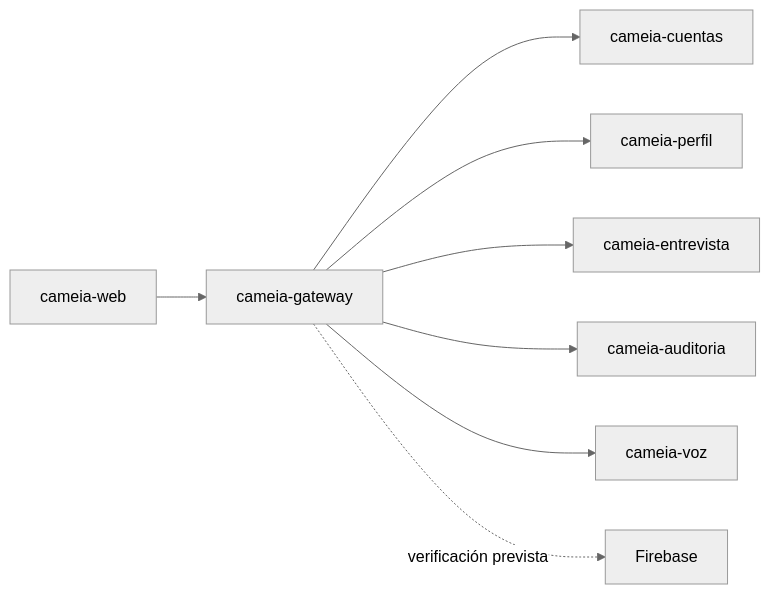
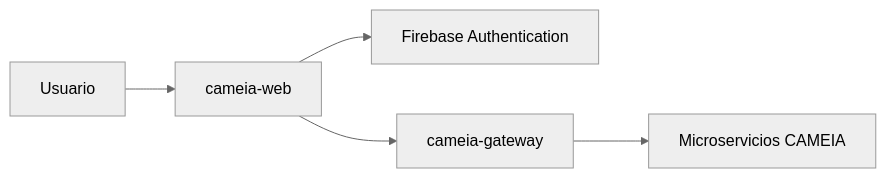
One commit to Forkthec/cameia-web changed the diagram in README.md. Above: the diagram before and after it, drawn with Mermaid (neutral theme). The commit also changed other lines of this file and 21 other files, not shown here.

````diff
--- a/README.md
+++ b/README.md
@@ -25,10 +27,7 @@
 ```mermaid
 flowchart LR
-    W[cameia-web] --> G[cameia-gateway]
-    G --> C[cameia-cuentas]
-    G --> P[cameia-perfil]
-    G --> E[cameia-entrevista]
-    G --> A[cameia-auditoria]
-    G --> V[cameia-voz]
-    G -. verificación prevista .-> F[Firebase]
+    U[Usuario] --> W[cameia-web]
+    W --> F[Firebase Authentication]
+    W --> G[cameia-gateway]
+    G --> S[Microservicios CAMEIA]
 ```
````
